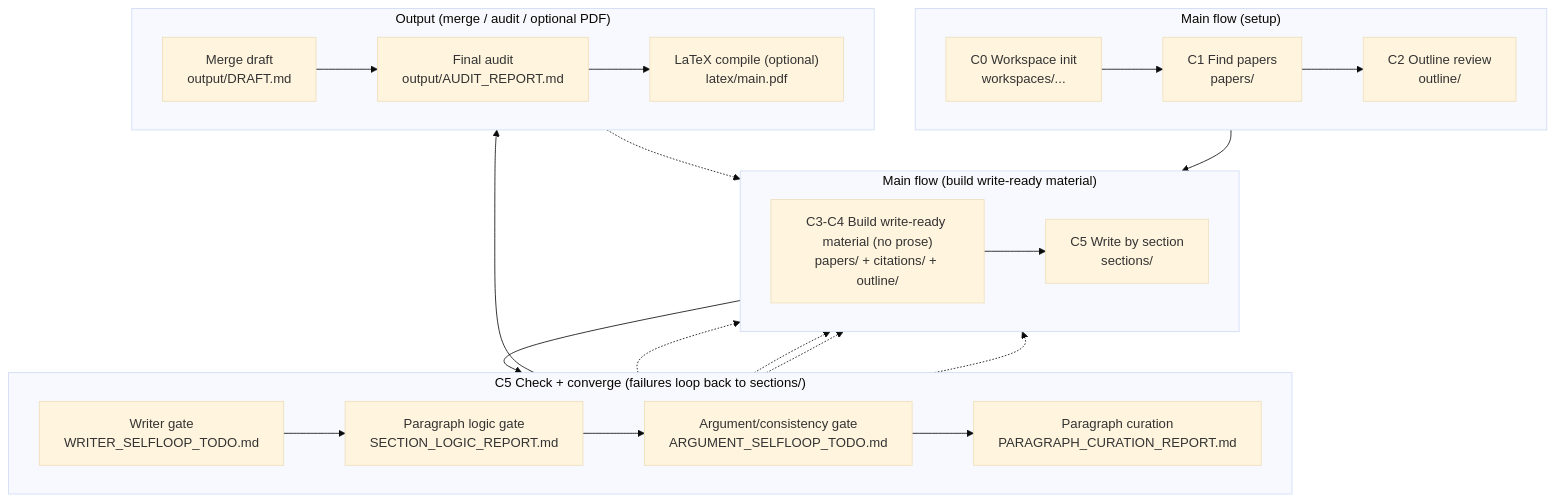
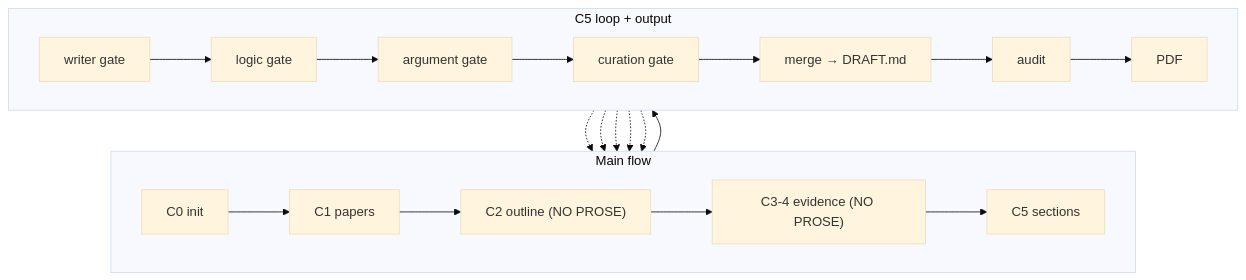
One commit to WILLOSCAR/research-units-pipeline changed the diagram in README.en.md. Above: the diagram before and after it, drawn with Mermaid (base theme). The commit also changed 1 other file, not shown here.

Commit message:
Refactor flowchart in README documentation for improved clarity and structure
- Update the flowchart in both README.en.md and README.md to consolidate the main workflow into a more streamlined format, enhancing readability.
- Simplify the gates in the C5 loop section, ensuring a clearer representation of the writing and review process.
- Maintain consistency in terminology across both language versions to facilitate user understanding.

````diff
--- a/README.en.md
+++ b/README.en.md
@@ -204,36 +204,20 @@
 ```mermaid
 flowchart TB
-  subgraph MAIN1["Main flow (setup)"]
+  subgraph TOP["Main flow"]
     direction LR
-    WS["C0 Workspace init<br/>workspaces/..."] --> P["C1 Find papers<br/>papers/"] --> O["C2 Outline review<br/>outline/"]
+    WS["C0 init"] --> P["C1 papers"] --> O["C2 outline (NO PROSE)"] --> E["C3-4 evidence (NO PROSE)"] --> S["C5 sections"]
   end
 
-  subgraph MAIN2["Main flow (build write-ready material)"]
+  subgraph BOT["C5 loop + output"]
     direction LR
-    E["C3-C4 Build write-ready material (no prose)<br/>papers/ + citations/ + outline/"] --> S["C5 Write by section<br/>sections/"]
-  end
-
-  O --> E
-
-  subgraph LOOP["C5 Check + converge (failures loop back to sections/)"]
-    direction LR
-    G1["Writer gate<br/>WRITER_SELFLOOP_TODO.md"]
-    G2["Paragraph logic gate<br/>SECTION_LOGIC_REPORT.md"]
-    G3["Argument/consistency gate<br/>ARGUMENT_SELFLOOP_TODO.md"]
-    G4["Paragraph curation<br/>PARAGRAPH_CURATION_REPORT.md"]
-    G1 --> G2 --> G3 --> G4
+    G1["writer gate"] --> G2["logic gate"] --> G3["argument gate"] --> G4["curation gate"]
+    G4 --> D["merge → DRAFT.md"] --> A["audit"] --> TEX["PDF"]
   end
 
   S --> G1
   G1 -.-> S
   G2 -.-> S
   G3 -.-> S
   G4 -.-> S
-
-  subgraph OUT["Output (merge / audit / optional PDF)"]
-    direction LR
-    D["Merge draft<br/>output/DRAFT.md"] --> A["Final audit<br/>output/AUDIT_REPORT.md"] --> TEX["LaTeX compile (optional)<br/>latex/main.pdf"]
-  end
-  G4 --> D
   A -.-> S
 ```
````
